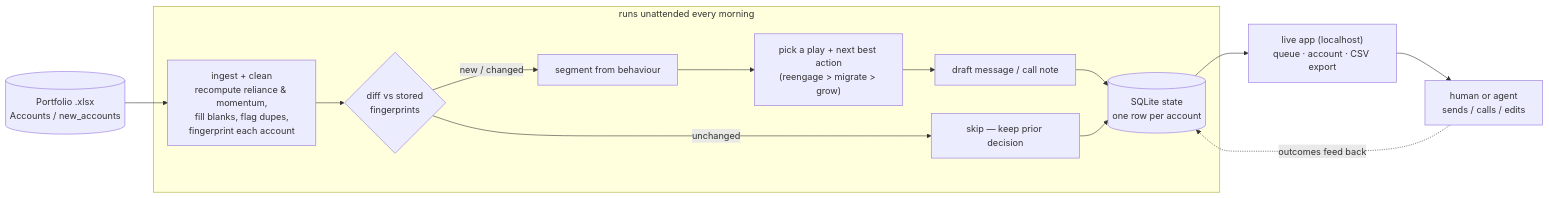
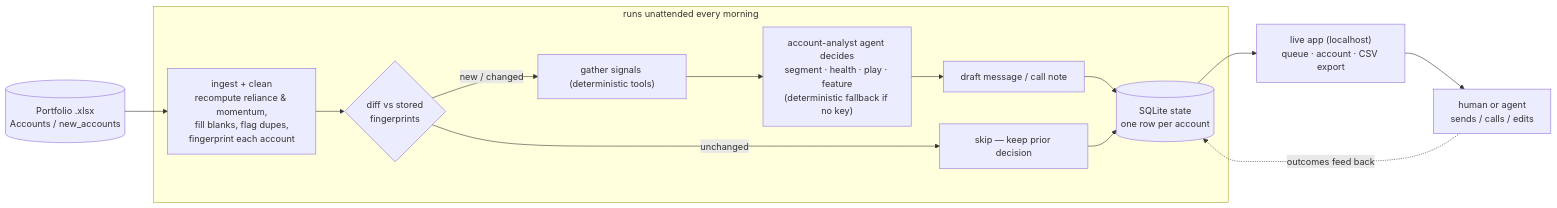
The diagram in README.md (VincenzoBianco/fleek-retention-agent), drawn with Mermaid before and after one commit. The commit also changed other lines of this file and 14 other files, not shown here.

````diff
--- a/README.md
+++ b/README.md
@@ -94,19 +105,19 @@
 ```mermaid
 flowchart LR
   X[("Portfolio .xlsx<br/>Accounts / new_accounts")] --> I
 
   subgraph AUTO["runs unattended every morning"]
     I["ingest + clean<br/>recompute reliance & momentum,<br/>fill blanks, flag dupes,<br/>fingerprint each account"]
     I --> D{"diff vs stored<br/>fingerprints"}
     D -->|unchanged| SKIP["skip — keep prior decision"]
-    D -->|new / changed| SEG["segment from behaviour"]
-    SEG --> DEC["pick a play + next best action<br/>(reengage > migrate > grow)"]
+    D -->|new / changed| SEG["gather signals (deterministic tools)"]
+    SEG --> DEC["account-analyst agent decides<br/>segment · health · play · feature<br/>(deterministic fallback if no key)"]
     DEC --> DR["draft message / call note"]
     DR --> ST[("SQLite state<br/>one row per account")]
     SKIP --> ST
   end
 
   ST --> OUT["live app (localhost)<br/>queue · account · CSV export"]
   OUT --> H["human or agent<br/>sends / calls / edits"]
   H -.->|outcomes feed back| ST
 ```
````
